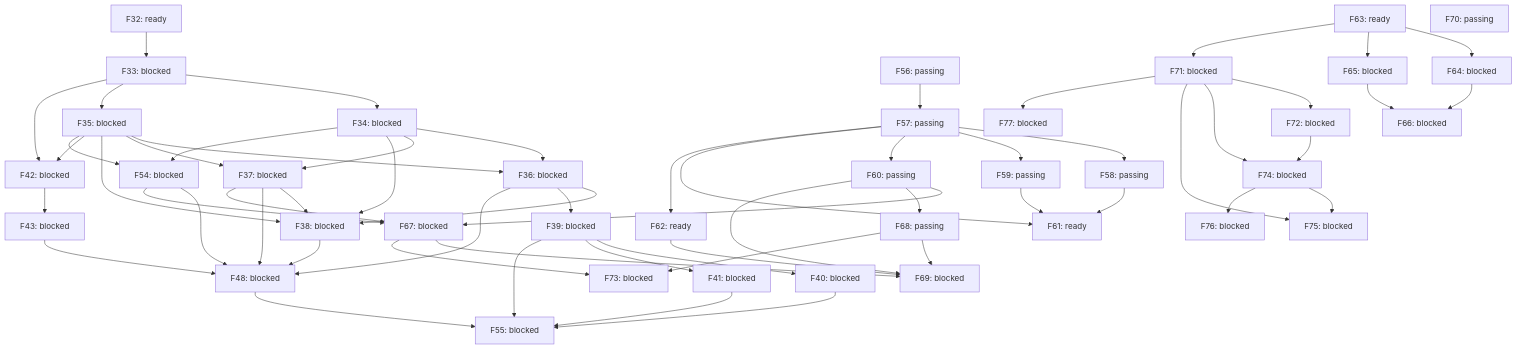
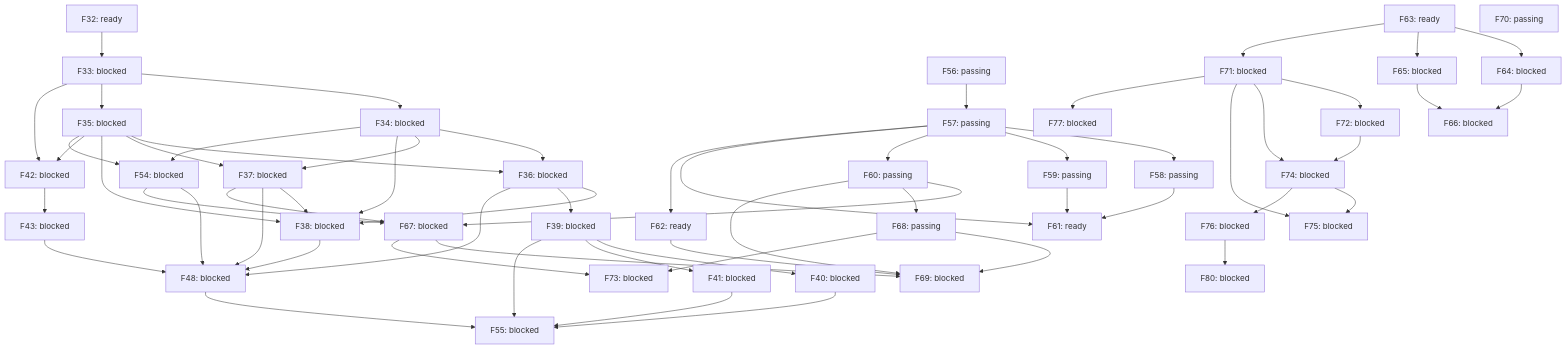
Before and after one commit to alex-nax/rengine: the diagram in docs/roadmap-graph.md, drawn with Mermaid. The commit also changed other lines of this file and 3 other files, not shown here.

````diff
--- a/docs/roadmap-graph.md
+++ b/docs/roadmap-graph.md
@@ -101,4 +101,6 @@
   F74 --> F76
   F77["F77: blocked"]
   F71 --> F77
+  F80["F80: blocked"]
+  F76 --> F80
 ```
````
